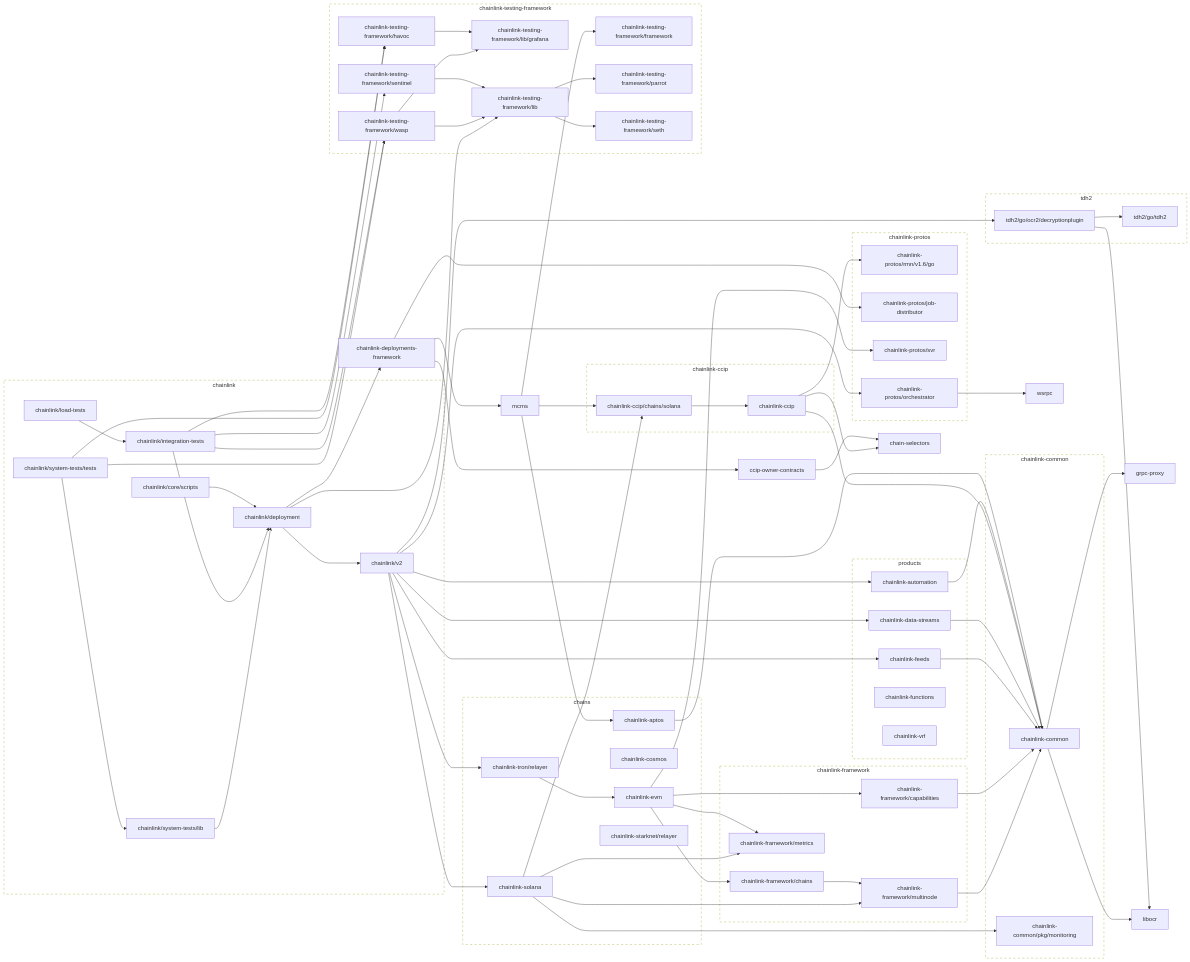
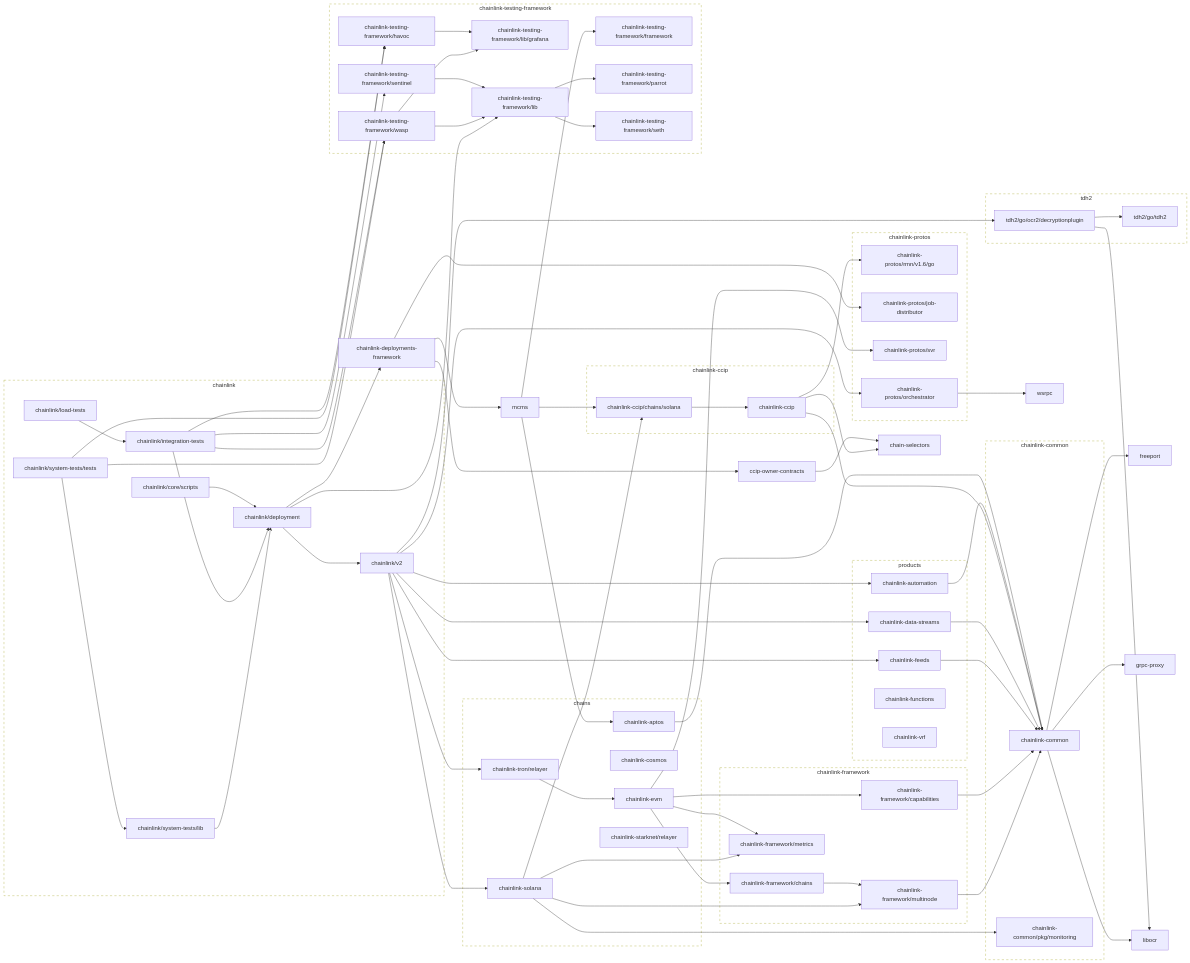
One commit to JohnDaWalka/chainlink changed the second of 2 diagrams in go.md. Above: the diagram before and after it, drawn with Mermaid. The commit also changed other lines of this file and 23 other files, not shown here.

```diff
--- a/go.md
+++ b/go.md
@@ -160,6 +163,7 @@
 	click chainlink-ccip href "https://github.com/smartcontractkit/chainlink-ccip"
 	chainlink-ccip/chains/solana --> chainlink-ccip
 	click chainlink-ccip/chains/solana href "https://github.com/smartcontractkit/chainlink-ccip"
+	chainlink-common --> freeport
 	chainlink-common --> grpc-proxy
 	chainlink-common --> libocr
 	click chainlink-common href "https://github.com/smartcontractkit/chainlink-common"
@@ -246,6 +250,8 @@
 	chainlink/v2 --> chainlink-tron/relayer
 	chainlink/v2 --> tdh2/go/ocr2/decryptionplugin
 	click chainlink/v2 href "https://github.com/smartcontractkit/chainlink"
+	freeport
+	click freeport href "https://github.com/smartcontractkit/freeport"
 	grpc-proxy
 	click grpc-proxy href "https://github.com/smartcontractkit/grpc-proxy"
 	libocr
```
